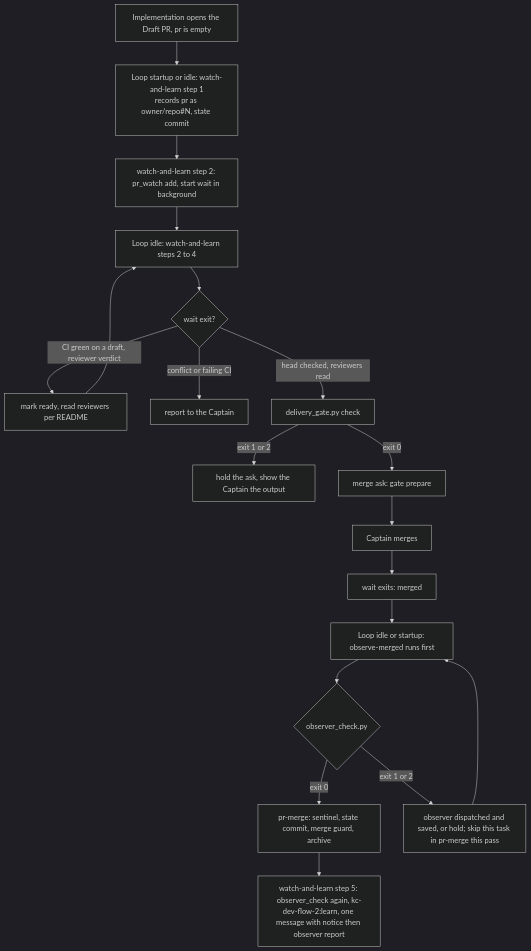
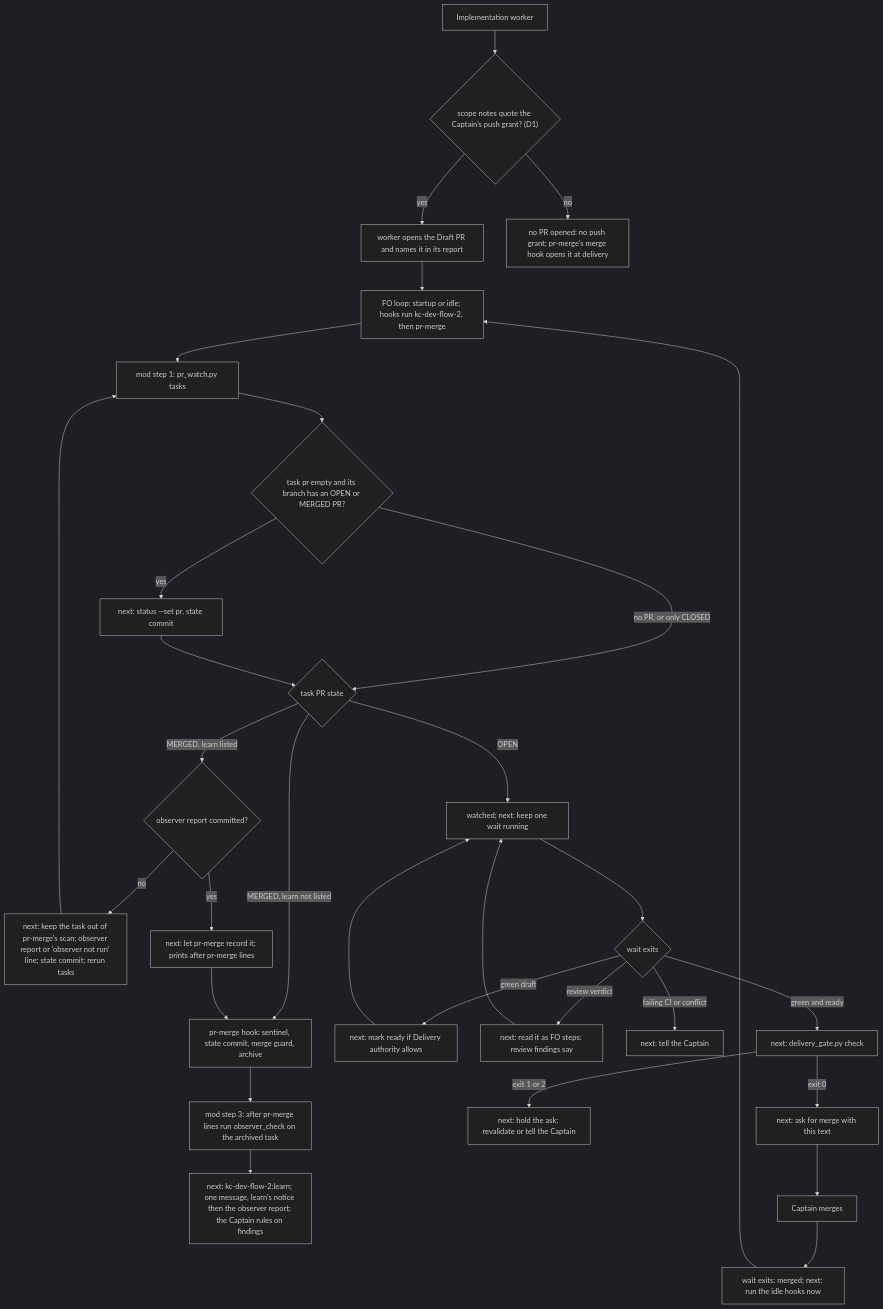
The diagram in fo-lifecycle-mod.md (iamcxa/kc-claude-plugins), drawn with Mermaid (dark theme) before and after one commit. The commit also changed other lines of this file, not shown here.

Commit message:
ideation(fo-lifecycle-mod): cycle 3 redesign: one mod, script output carries the steps

````diff
--- a/fo-lifecycle-mod.md
+++ b/fo-lifecycle-mod.md
@@ -165,21 +180,33 @@
 ```mermaid
 flowchart TD
-    A["Implementation opens the Draft PR, pr is empty"] --> B["Loop startup or idle: watch-and-learn step 1<br/>records pr as owner/repo#N, state commit"]
-    B --> C["watch-and-learn step 2: pr_watch add, start wait in background"]
-    C --> D["Loop idle: watch-and-learn steps 2 to 4"]
-    D --> E{"wait exit?"}
-    E -- "CI green on a draft, reviewer verdict" --> F["mark ready, read reviewers per README"]
-    F --> D
-    E -- "conflict or failing CI" --> G["report to the Captain"]
-    E -- "head checked, reviewers read" --> H["delivery_gate.py check"]
-    H -- "exit 1 or 2" --> I["hold the ask, show the Captain the output"]
-    H -- "exit 0" --> J["merge ask: gate prepare"]
-    J --> K["Captain merges"]
-    K --> L["wait exits: merged"]
-    L --> M["Loop idle or startup: observe-merged runs first"]
-    M --> N{"observer_check.py"}
-    N -- "exit 0" --> O["pr-merge: sentinel, state commit, merge guard, archive"]
-    N -- "exit 1 or 2" --> P["observer dispatched and saved, or hold; skip this task in pr-merge this pass"]
-    P --> M
-    O --> Q["watch-and-learn step 5: observer_check again, kc-dev-flow-2:learn, one message with notice then observer report"]
+    A["Implementation worker"] --> G{"scope notes quote the Captain's push grant? (D1)"}
+    G -- "yes" --> GP["worker opens the Draft PR and names it in its report"]
+    G -- "no" --> GN["no PR opened: no push grant; pr-merge's merge hook opens it at delivery"]
+    GP --> L["FO loop: startup or idle; hooks run kc-dev-flow-2, then pr-merge"]
+    L --> T["mod step 1: pr_watch.py tasks"]
+    T --> R{"task pr empty and its branch has an OPEN or MERGED PR?"}
+    R -- "yes" --> RS["next: status --set pr, state commit"]
+    R -- "no PR, or only CLOSED" --> S{"task PR state"}
+    RS --> S
+    S -- "OPEN" --> WA["watched; next: keep one wait running"]
+    S -- "MERGED, learn not listed" --> PM
+    S -- "MERGED, learn listed" --> OC{"observer report committed?"}
+    OC -- "no" --> HO["next: keep the task out of pr-merge's scan; observer report or 'observer not run' line; state commit; rerun tasks"]
+    HO --> T
+    OC -- "yes" --> AP["next: let pr-merge record it; prints after pr-merge lines"]
+    AP --> PM["pr-merge hook: sentinel, state commit, merge guard, archive"]
+    PM --> AR["mod step 3: after pr-merge lines run observer_check on the archived task"]
+    AR --> LN["next: kc-dev-flow-2:learn; one message, learn's notice then the observer report; the Captain rules on findings"]
+    WA --> WX{"wait exits"}
+    WX -- "green draft" --> RD["next: mark ready if Delivery authority allows"]
+    RD --> WA
+    WX -- "review verdict" --> RF["next: read it as FO steps: review findings say"]
+    RF --> WA
+    WX -- "failing CI or conflict" --> CP["next: tell the Captain"]
+    WX -- "green and ready" --> DG["next: delivery_gate.py check"]
+    DG -- "exit 1 or 2" --> HA["next: hold the ask; revalidate or tell the Captain"]
+    DG -- "exit 0" --> ASK["next: ask for merge with this text"]
+    ASK --> CM["Captain merges"]
+    CM --> WM["wait exits: merged; next: run the idle hooks now"]
+    WM --> L
 ```
````
